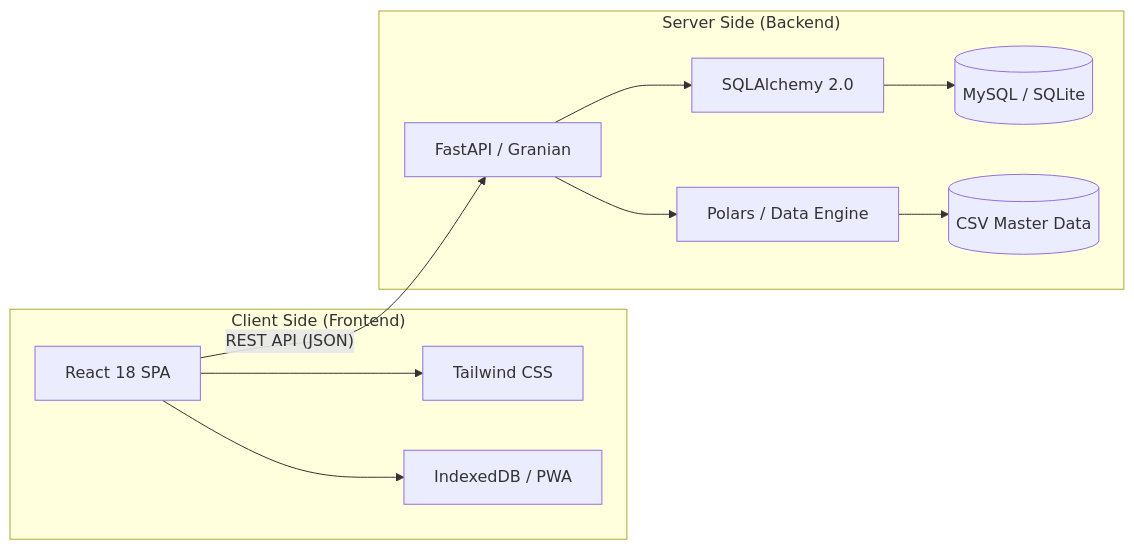
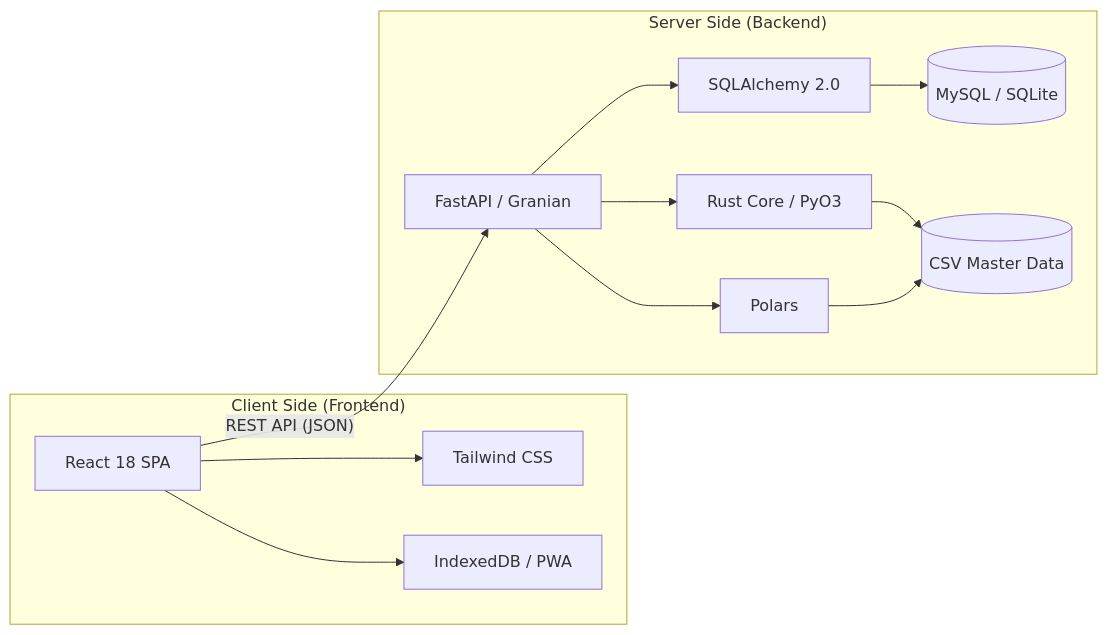
The diagram in README.md (FIGARO79/logix_react), drawn with Mermaid before and after one commit. The commit also changed other lines of this file, not shown here.

Commit message:
docs: update README to reflect Rust/PyO3 core migration and architectural improvements

````diff
--- a/README.md
+++ b/README.md
@@ -16,16 +17,18 @@
 ```mermaid
 graph LR
     subgraph "Client Side (Frontend)"
         A[React 18 SPA] --> B[Tailwind CSS]
         A --> C[IndexedDB / PWA]
     end
     
     subgraph "Server Side (Backend)"
         D[FastAPI / Granian] --> E[SQLAlchemy 2.0]
-        D --> F[Polars / Data Engine]
+        D --> F[Rust Core / PyO3]
+        D --> I[Polars]
         E --> G[(MySQL / SQLite)]
         F --> H[(CSV Master Data)]
+        I --> H
     end
     
     A -- "REST API (JSON)" --> D
 ```
````
